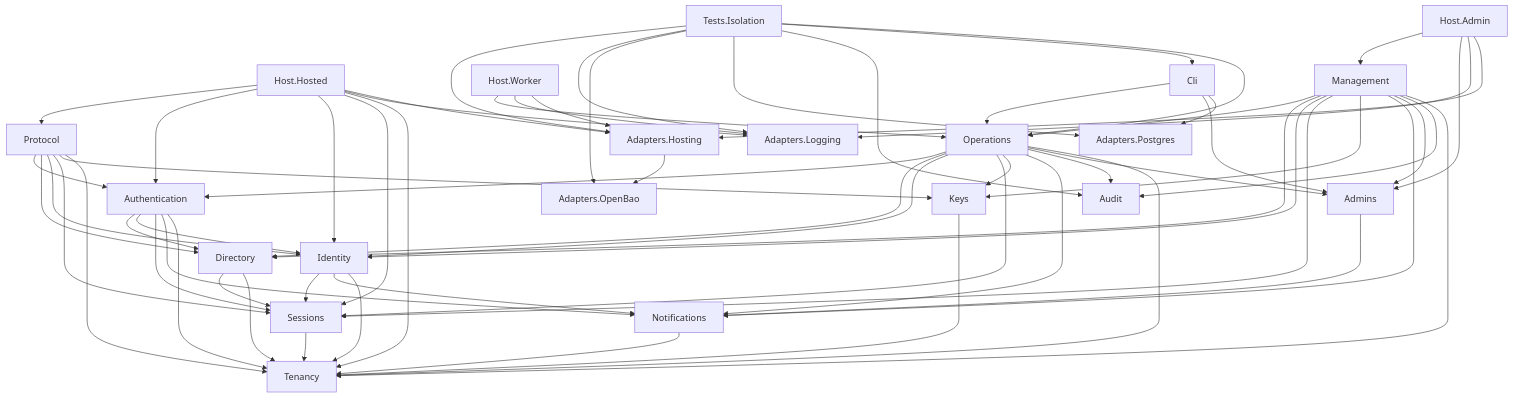
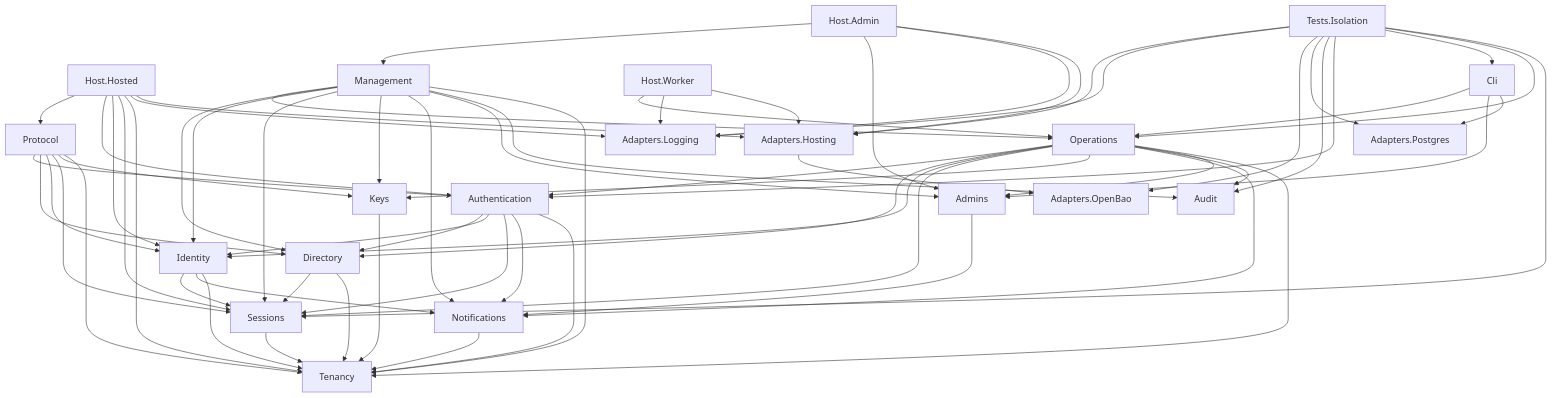
The diagram in docs/architecture/module-dependencies.md (shanilmelder/gatekeep), drawn with Mermaid before and after one commit. The commit also changed 24 other files, not shown here.

````diff
--- a/docs/architecture/module-dependencies.md
+++ b/docs/architecture/module-dependencies.md
@@ -88,6 +88,8 @@
   TestsIsolation --> AdaptersOpenBao
   TestsIsolation --> AdaptersPostgres
   TestsIsolation --> Audit
+  TestsIsolation --> Authentication
   TestsIsolation --> Cli
   TestsIsolation --> Operations
+  TestsIsolation --> Sessions
 ```
````
